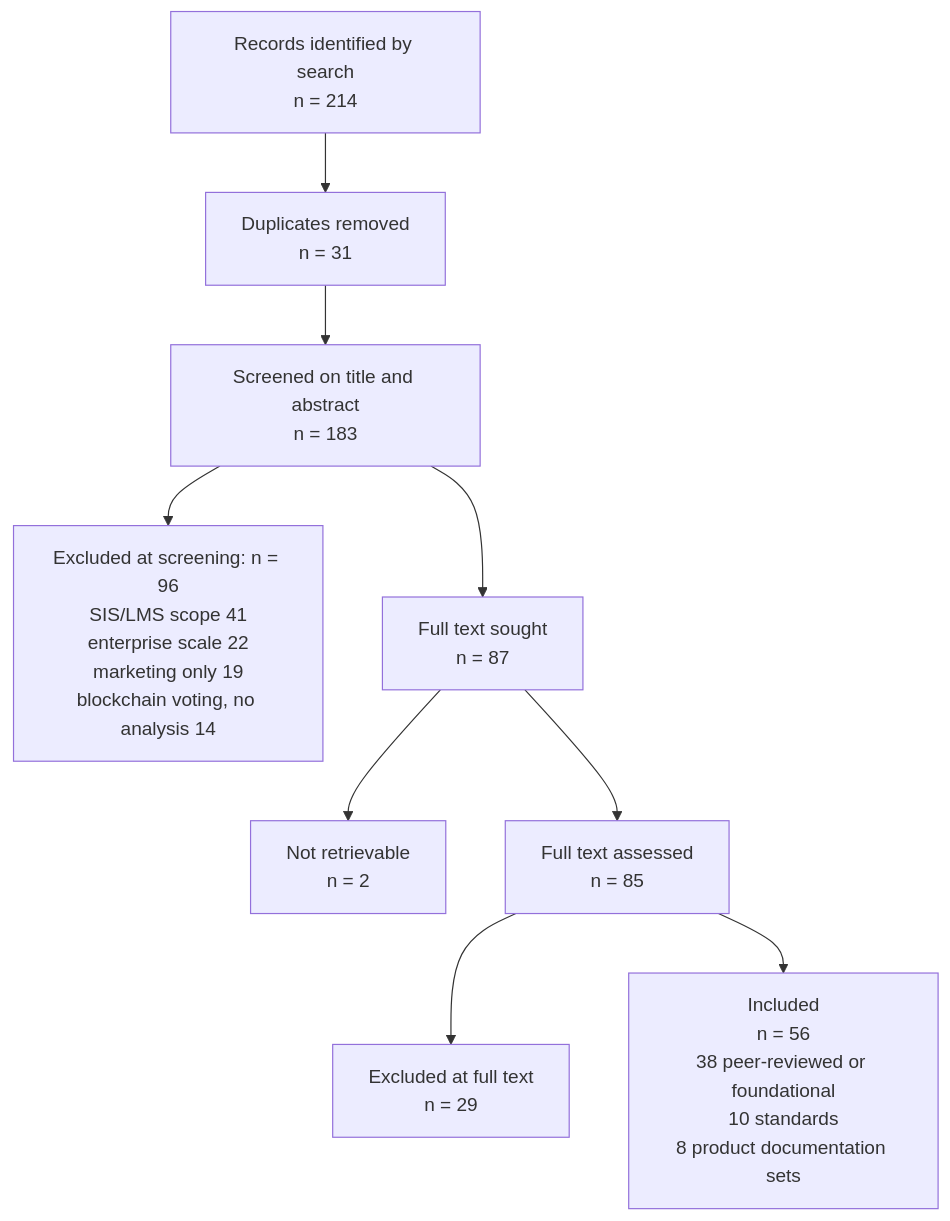
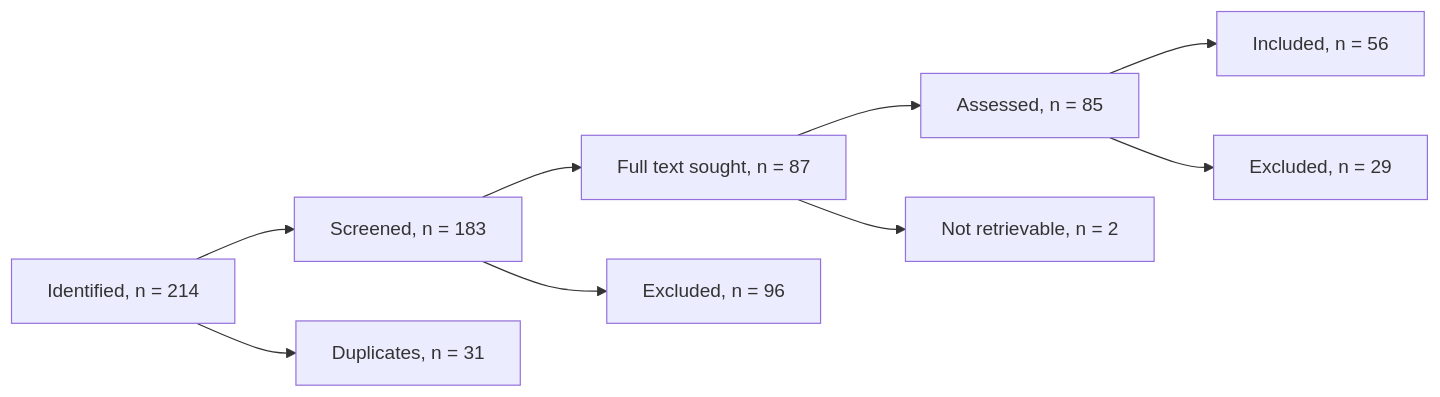
Before and after one commit to shalin-rahman/GHCAA: the first of 4 diagrams in docs/book/02-literature-review.md, drawn with Mermaid. The commit also changed other lines of this file and 42 other files, not shown here.

````diff
--- a/docs/book/02-literature-review.md
+++ b/docs/book/02-literature-review.md
@@ -439,11 +439,8 @@
 ```mermaid
-flowchart TB
-    A["Records identified by search<br/>n = 214"] --> B["Duplicates removed<br/>n = 31"]
-    B --> C["Screened on title and abstract<br/>n = 183"]
-    C --> D["Excluded at screening: n = 96<br/>SIS/LMS scope 41<br/>enterprise scale 22<br/>marketing only 19<br/>blockchain voting, no analysis 14"]
-    C --> E["Full text sought<br/>n = 87"]
-    E --> F["Not retrievable<br/>n = 2"]
-    E --> G["Full text assessed<br/>n = 85"]
-    G --> H["Excluded at full text<br/>n = 29"]
-    G --> I["Included<br/>n = 56<br/>38 peer-reviewed or foundational<br/>10 standards<br/>8 product documentation sets"]
+flowchart LR
+    A["Identified, n = 214"] --> C["Screened, n = 183"] --> E["Full text sought, n = 87"] --> G["Assessed, n = 85"] --> I["Included, n = 56"]
+    A --> B["Duplicates, n = 31"]
+    C --> D["Excluded, n = 96"]
+    E --> F["Not retrievable, n = 2"]
+    G --> H["Excluded, n = 29"]
 ```
````
